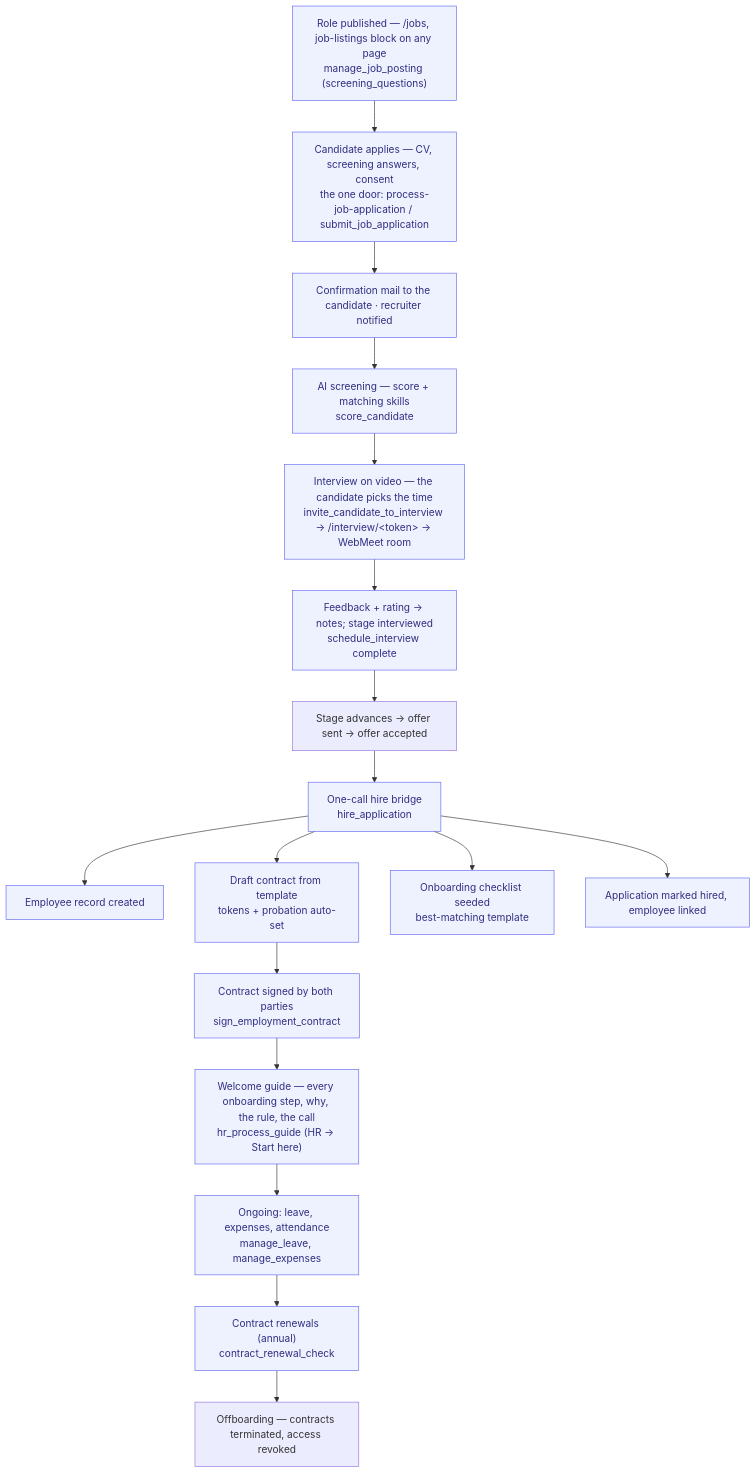
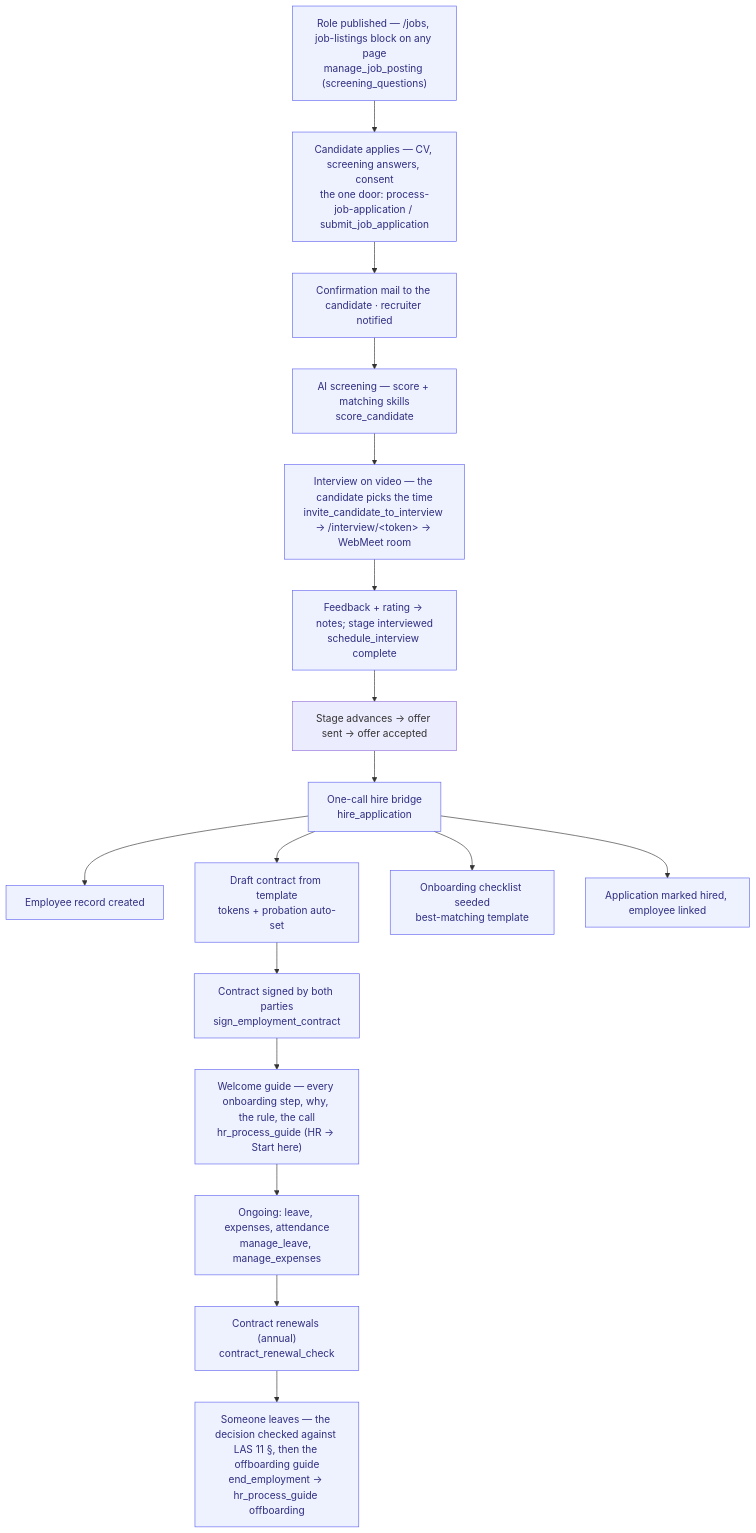
One commit to magnusfroste/flowwink changed the diagram in docs/processes/hire-to-retire.md. Above: the diagram before and after it, drawn with Mermaid. The commit also changed other lines of this file and 11 other files, not shown here.

````diff
--- a/docs/processes/hire-to-retire.md
+++ b/docs/processes/hire-to-retire.md
@@ -50,22 +52,22 @@
 ```mermaid
 flowchart TD
     P["Role published — /jobs, job-listings block on any page<br/>manage_job_posting (screening_questions)"] --> A
     A["Candidate applies — CV, screening answers, consent<br/>the one door: process-job-application / submit_job_application"] --> A2["Confirmation mail to the candidate · recruiter notified"]
     A2 --> B["AI screening — score + matching skills<br/>score_candidate"]
     B --> I["Interview on video — the candidate picks the time<br/>invite_candidate_to_interview → /interview/&lt;token&gt; → WebMeet room"]
     I --> I2["Feedback + rating → notes; stage interviewed<br/>schedule_interview complete"]
     I2 --> C["Stage advances → offer sent → offer accepted"]
     C --> D["One-call hire bridge<br/>hire_application"]
     D --> D1["Employee record created"]
     D --> D2["Draft contract from template<br/>tokens + probation auto-set"]
     D --> D3["Onboarding checklist seeded<br/>best-matching template"]
     D --> D4["Application marked hired, employee linked"]
     D2 --> E["Contract signed by both parties<br/>sign_employment_contract"]
     E --> W["Welcome guide — every onboarding step, why, the rule, the call<br/>hr_process_guide (HR → Start here)"]
     W --> F["Ongoing: leave, expenses, attendance<br/>manage_leave, manage_expenses"]
     F --> G["Contract renewals (annual)<br/>contract_renewal_check"]
-    G --> H["Offboarding — contracts terminated, access revoked"]
+    G --> H["Someone leaves — the decision checked against LAS 11 §, then the offboarding guide<br/>end_employment → hr_process_guide offboarding"]
 
     classDef agent fill:#eef2ff,stroke:#6366f1,color:#312e81;
-    class P,A,A2,B,I,I2,D,D1,D2,D3,D4,E,W,F,G agent
+    class P,A,A2,B,I,I2,D,D1,D2,D3,D4,E,W,F,G,H agent
 ```
````
